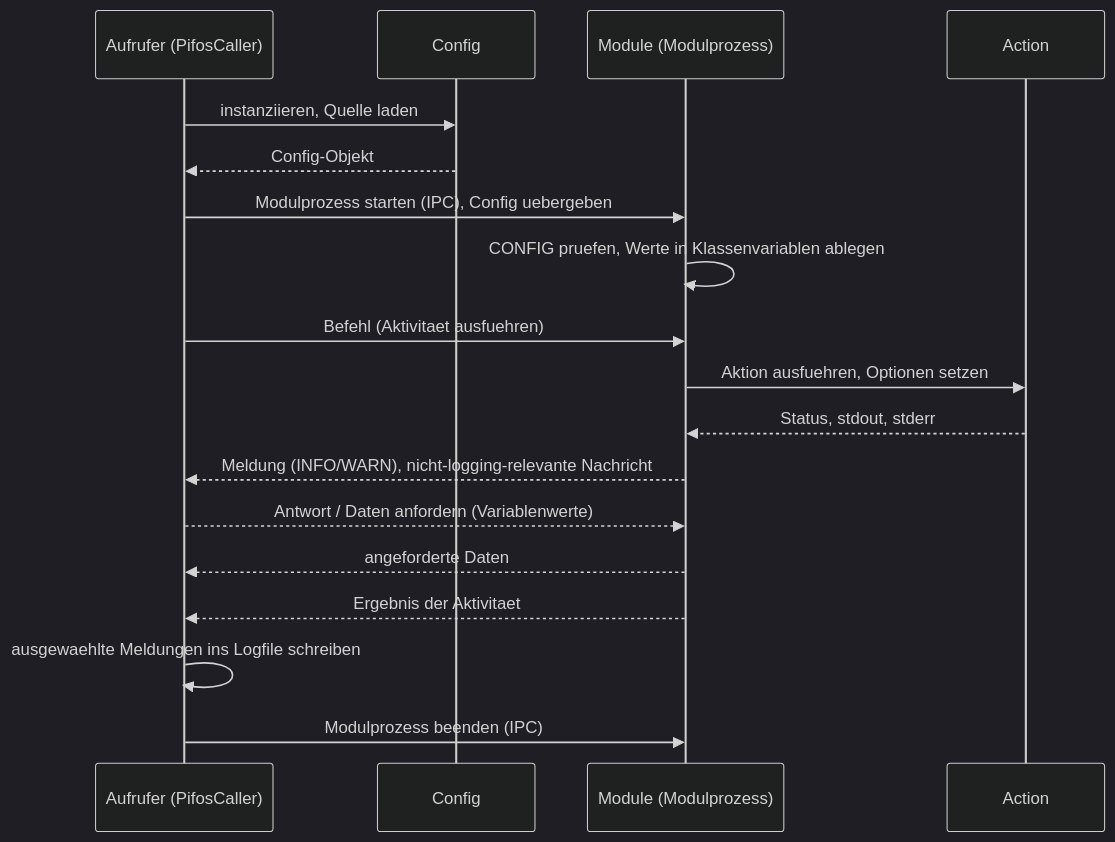
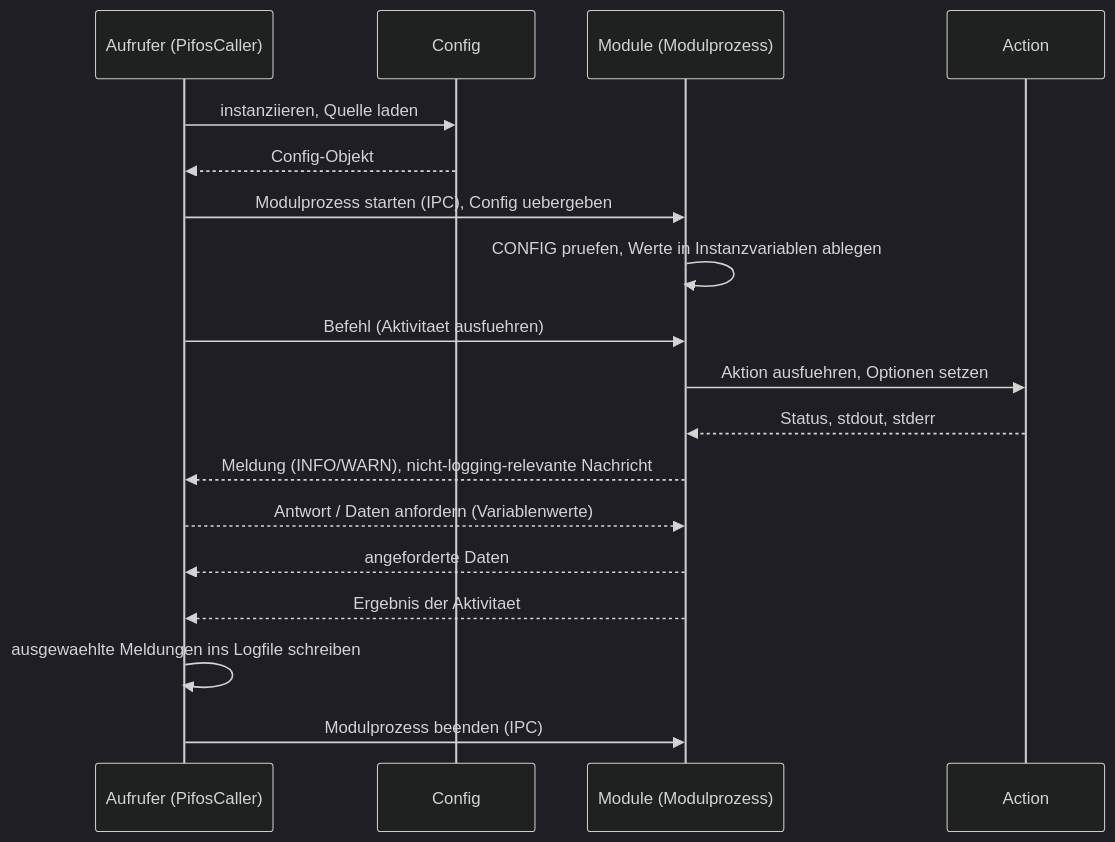
The third of 4 diagrams in docs/04_implementierungsplan.md (macodix/pifos), drawn with Mermaid (dark theme) before and after one commit. The commit also changed other lines of this file and 1 other file, not shown here.

Commit message:
Konsistenzbefunde behoben: Faktum (tomllib 3.11), Instanzvariable, tote Referenz, Diagramm-getter, Inhaltsverzeichnis, Stil/Anglizismus

````diff
--- a/docs/04_implementierungsplan.md
+++ b/docs/04_implementierungsplan.md
@@ -446,23 +443,23 @@
 ```mermaid
 sequenceDiagram
     participant C as Aufrufer (PifosCaller)
     participant Cfg as Config
     participant M as Module (Modulprozess)
     participant A as Action
 
     C->>Cfg: instanziieren, Quelle laden
     Cfg-->>C: Config-Objekt
     C->>M: Modulprozess starten (IPC), Config uebergeben
-    M->>M: CONFIG pruefen, Werte in Klassenvariablen ablegen
+    M->>M: CONFIG pruefen, Werte in Instanzvariablen ablegen
 
     C->>M: Befehl (Aktivitaet ausfuehren)
     M->>A: Aktion ausfuehren, Optionen setzen
     A-->>M: Status, stdout, stderr
     M-->>C: Meldung (INFO/WARN), nicht-logging-relevante Nachricht
     C-->>M: Antwort / Daten anfordern (Variablenwerte)
     M-->>C: angeforderte Daten
 
     M-->>C: Ergebnis der Aktivitaet
     C->>C: ausgewaehlte Meldungen ins Logfile schreiben
     C->>M: Modulprozess beenden (IPC)
 ```
````
